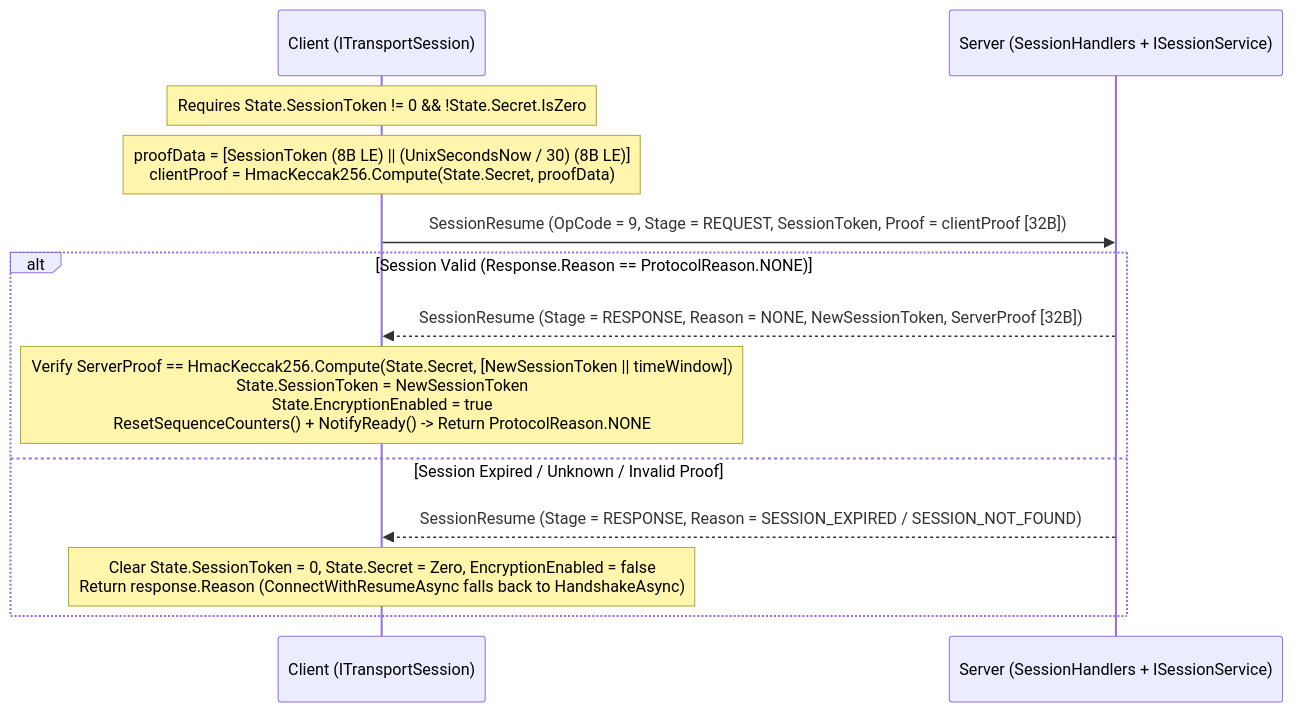
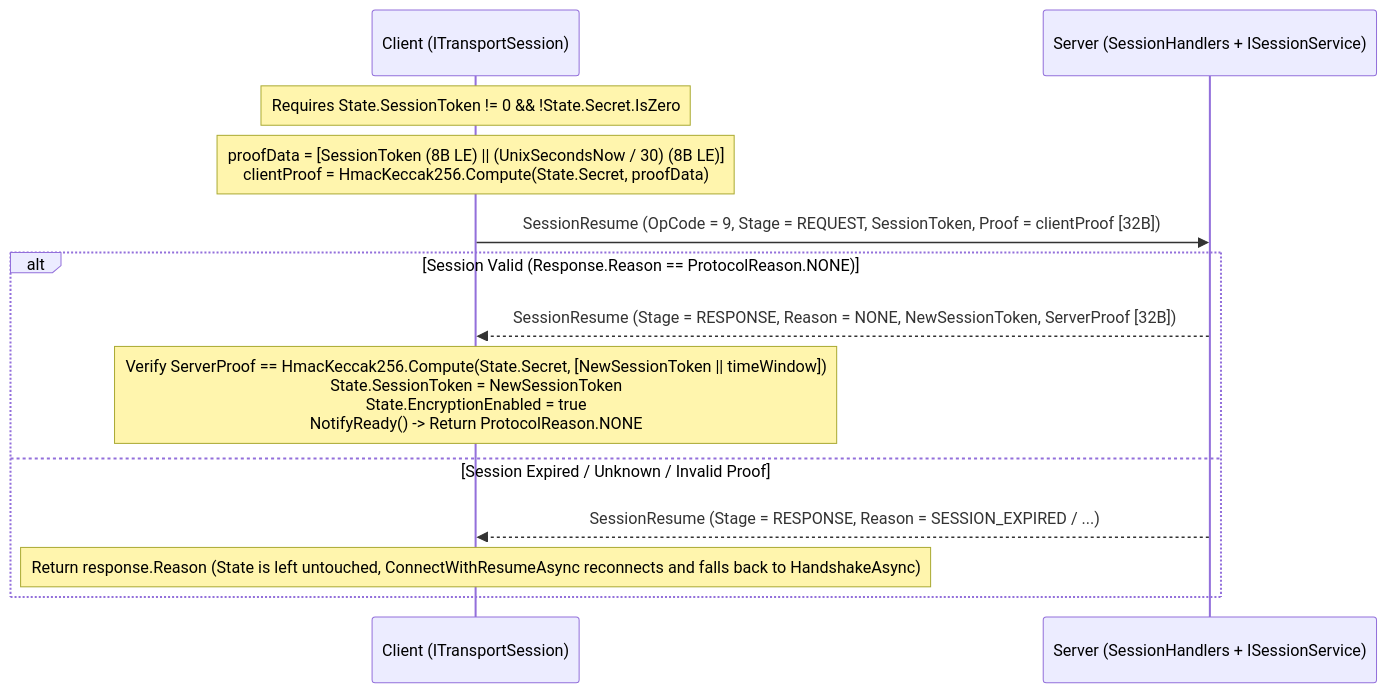
Before and after one commit to ppn-systems/nalix-docs: the diagram in src/content/docs/en-us/api/sdk/resume-extensions.md, drawn with Mermaid. The commit also changed other lines of this file and 257 other files, not shown here.

````diff
--- a/src/content/docs/en-us/api/sdk/resume-extensions.md
+++ b/src/content/docs/en-us/api/sdk/resume-extensions.md
@@ -46,17 +46,17 @@
 ```mermaid
 sequenceDiagram
     participant C as Client (ITransportSession)
     participant S as Server (SessionHandlers + ISessionService)
 
     Note over C: Requires State.SessionToken != 0 && !State.Secret.IsZero
     Note over C: proofData = [SessionToken (8B LE) || (UnixSecondsNow / 30) (8B LE)]<br/>clientProof = HmacKeccak256.Compute(State.Secret, proofData)
     C->>S: SessionResume (OpCode = 9, Stage = REQUEST, SessionToken, Proof = clientProof [32B])
 
     alt Session Valid (Response.Reason == ProtocolReason.NONE)
         S-->>C: SessionResume (Stage = RESPONSE, Reason = NONE, NewSessionToken, ServerProof [32B])
-        Note over C: Verify ServerProof == HmacKeccak256.Compute(State.Secret, [NewSessionToken || timeWindow])<br/>State.SessionToken = NewSessionToken<br/>State.EncryptionEnabled = true<br/>ResetSequenceCounters() + NotifyReady() -> Return ProtocolReason.NONE
+        Note over C: Verify ServerProof == HmacKeccak256.Compute(State.Secret, [NewSessionToken || timeWindow])<br/>State.SessionToken = NewSessionToken<br/>State.EncryptionEnabled = true<br/>NotifyReady() -> Return ProtocolReason.NONE
     else Session Expired / Unknown / Invalid Proof
-        S-->>C: SessionResume (Stage = RESPONSE, Reason = SESSION_EXPIRED / SESSION_NOT_FOUND)
-        Note over C: Clear State.SessionToken = 0, State.Secret = Zero, EncryptionEnabled = false<br/>Return response.Reason (ConnectWithResumeAsync falls back to HandshakeAsync)
+        S-->>C: SessionResume (Stage = RESPONSE, Reason = SESSION_EXPIRED / ...)
+        Note over C: Return response.Reason (State is left untouched, ConnectWithResumeAsync reconnects and falls back to HandshakeAsync)
     end
 ```
````
